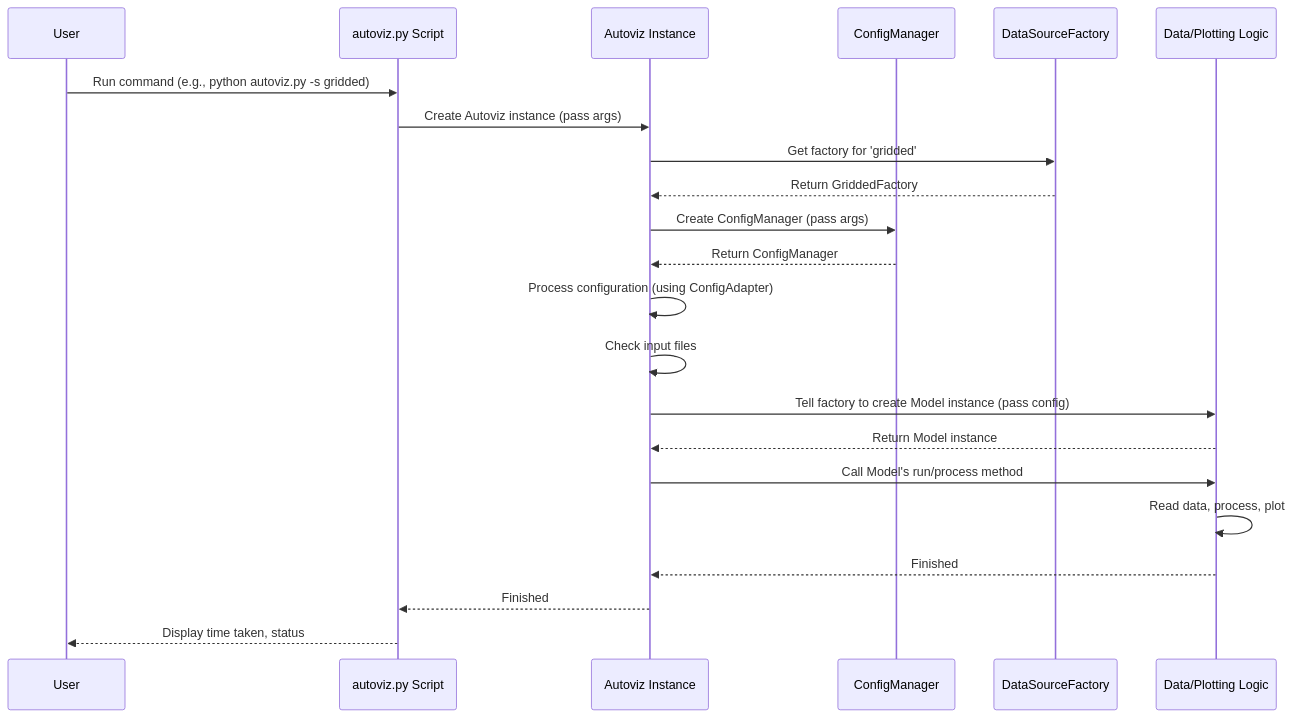
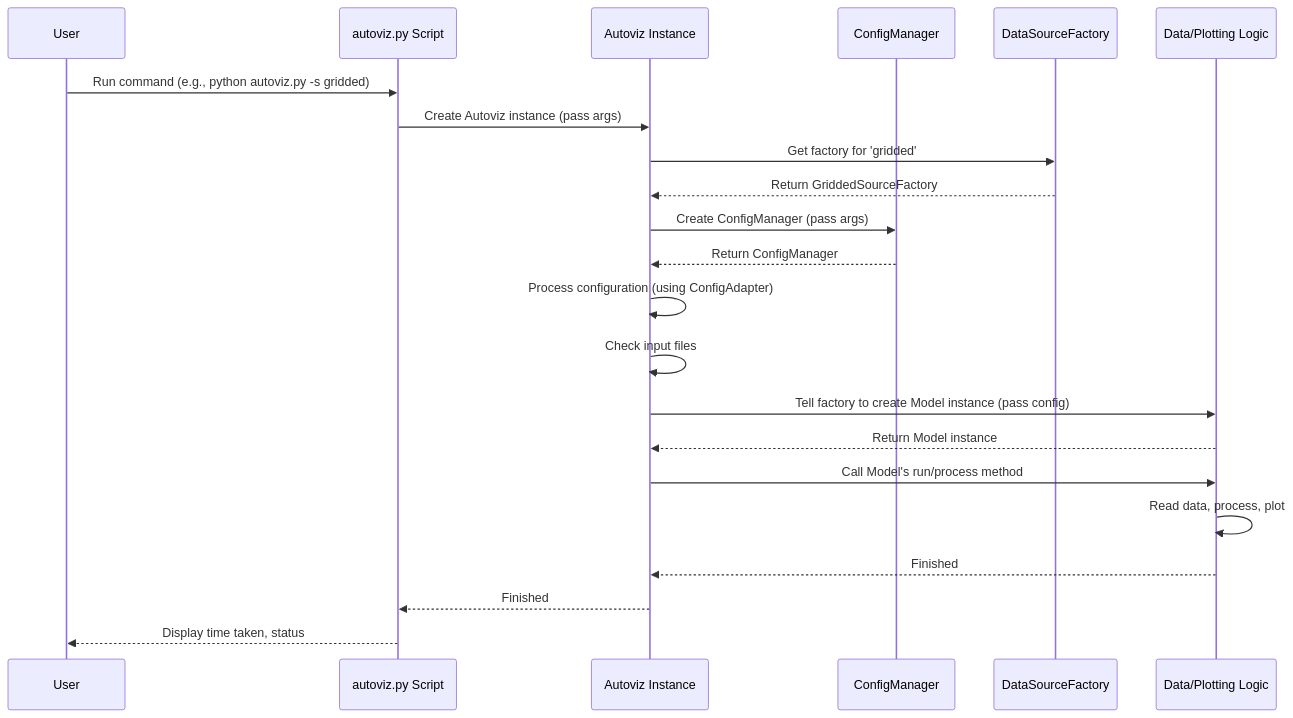
The diagram in docs/tutorial/01_autoviz__application_orchestrator__.md (cacruz/eviz-dev), drawn with Mermaid before and after one commit. The commit also changed other lines of this file and 28 other files, not shown here.

````diff
--- a/docs/tutorial/01_autoviz__application_orchestrator__.md
+++ b/docs/tutorial/01_autoviz__application_orchestrator__.md
@@ -64,25 +64,25 @@
 ```{mermaid}
 sequenceDiagram
     participant User
     participant CLI as autoviz.py Script
     participant A as Autoviz Instance
     participant CM as ConfigManager
     participant FF as DataSourceFactory
     participant Model as Data/Plotting Logic
 
     User->>CLI: Run command (e.g., python autoviz.py -s gridded)
     CLI->>A: Create Autoviz instance (pass args)
     A->>FF: Get factory for 'gridded'
-    FF-->>A: Return GriddedFactory
+    FF-->>A: Return GriddedSourceFactory
     A->>CM: Create ConfigManager (pass args)
     CM-->>A: Return ConfigManager
     A->>A: Process configuration (using ConfigAdapter)
     A->>A: Check input files
     A->>Model: Tell factory to create Model instance (pass config)
     Model-->>A: Return Model instance
     A->>Model: Call Model's run/process method
     Model->>Model: Read data, process, plot
     Model-->>A: Finished
     A-->>CLI: Finished
     CLI-->>User: Display time taken, status
 ```
````
